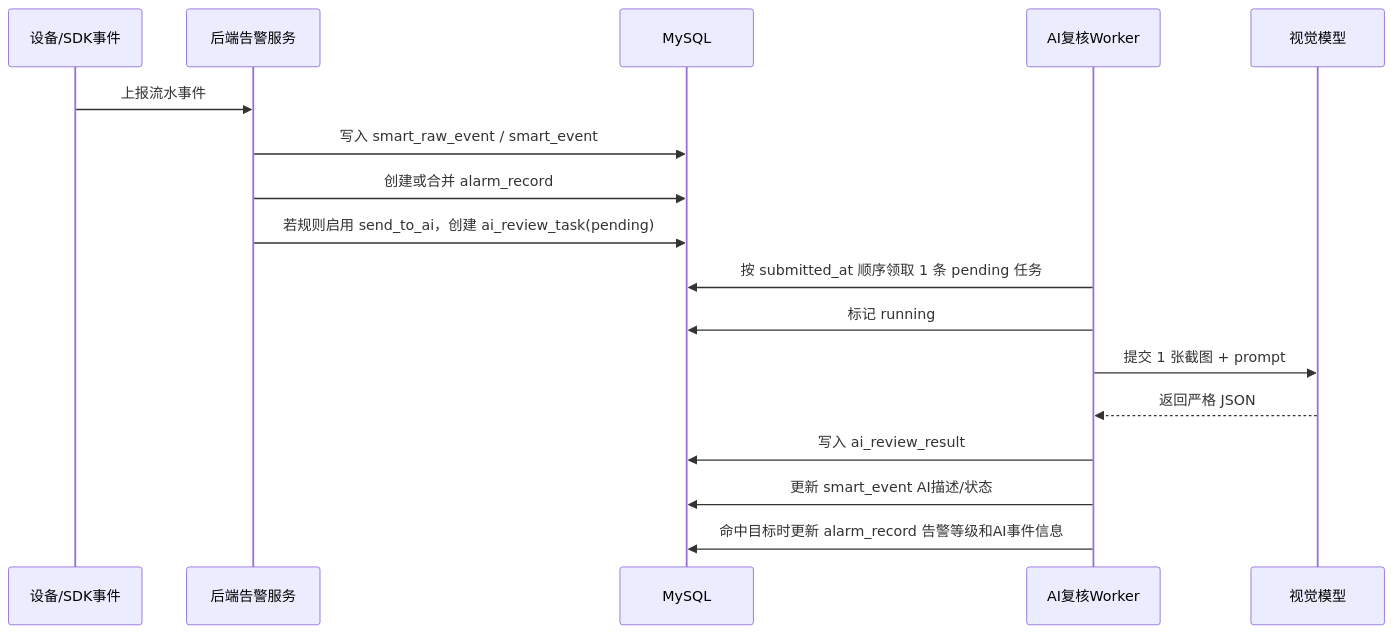
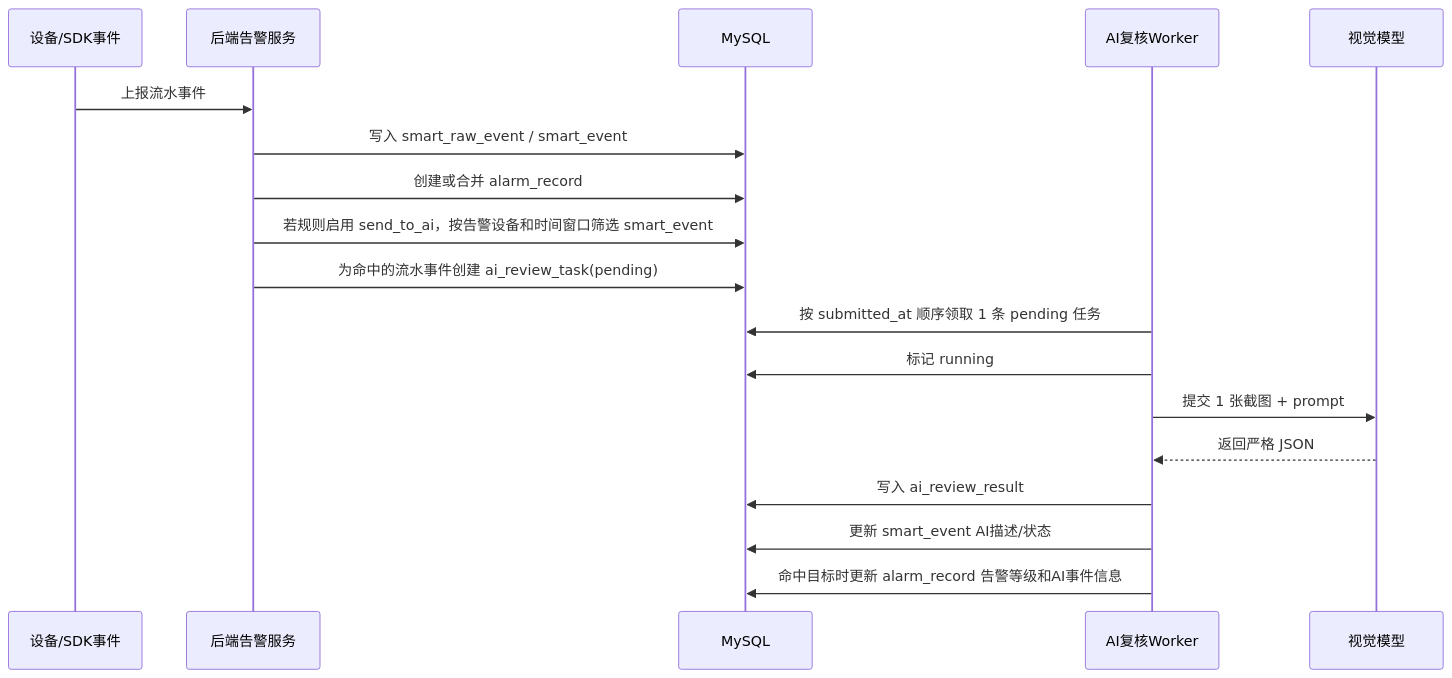
The diagram in docs/ai-alarm-review-design.md (VincentWillemVanGoghWu/SecMgmt), drawn with Mermaid before and after one commit. The commit also changed other lines of this file, not shown here.

Commit message:
Refine AI alarm review task flow design

````diff
--- a/docs/ai-alarm-review-design.md
+++ b/docs/ai-alarm-review-design.md
@@ -55,20 +55,21 @@
 ```mermaid
 sequenceDiagram
     participant Device as 设备/SDK事件
     participant Backend as 后端告警服务
     participant DB as MySQL
     participant Worker as AI复核Worker
     participant Model as 视觉模型
 
     Device->>Backend: 上报流水事件
     Backend->>DB: 写入 smart_raw_event / smart_event
     Backend->>DB: 创建或合并 alarm_record
-    Backend->>DB: 若规则启用 send_to_ai，创建 ai_review_task(pending)
+    Backend->>DB: 若规则启用 send_to_ai，按告警设备和时间窗口筛选 smart_event
+    Backend->>DB: 为命中的流水事件创建 ai_review_task(pending)
     Worker->>DB: 按 submitted_at 顺序领取 1 条 pending 任务
     Worker->>DB: 标记 running
     Worker->>Model: 提交 1 张截图 + prompt
     Model-->>Worker: 返回严格 JSON
     Worker->>DB: 写入 ai_review_result
     Worker->>DB: 更新 smart_event AI描述/状态
     Worker->>DB: 命中目标时更新 alarm_record 告警等级和AI事件信息
 ```
````
